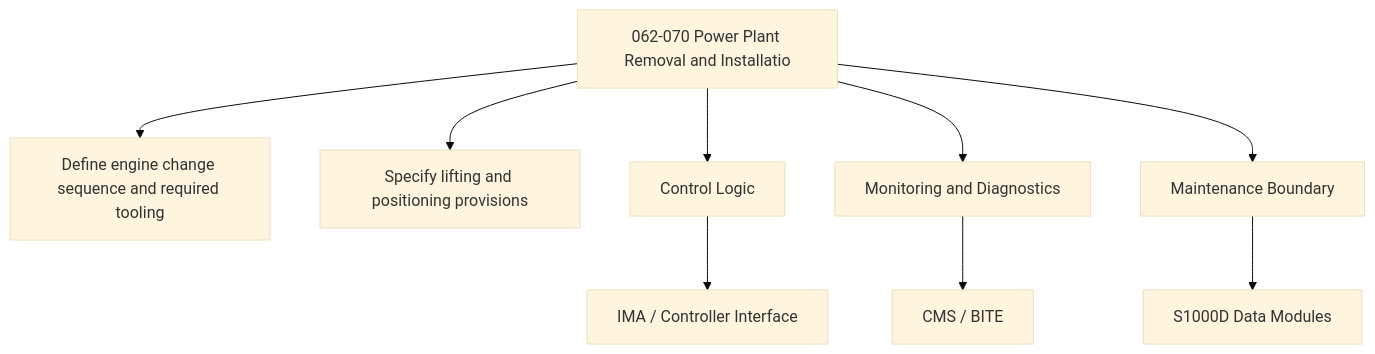
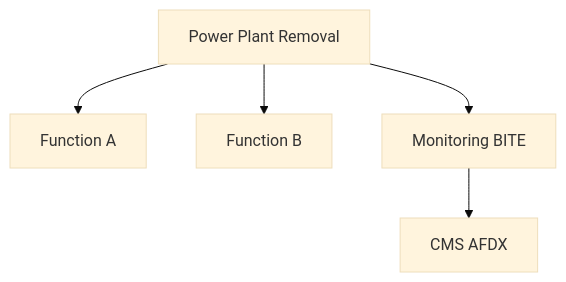
The second of 2 diagrams in Q+ATLANTIDE/000-099_ATLAS/060-069_Propulsion-Tradicional/062_Power-Plant/062-070-Power-Plant-Removal-and-Installation-Interfaces.md (AmedeoPelliccia/Qplus-For-All-Queer-People-and-Quantum), drawn with Mermaid (base theme) before and after one commit. The commit also changed other lines of this file and 74 other files, not shown here.

````diff
--- a/Q+ATLANTIDE/000-099_ATLAS/060-069_Propulsion-Tradicional/062_Power-Plant/062-070-Power-Plant-Removal-and-Installation-Interfaces.md
+++ b/Q+ATLANTIDE/000-099_ATLAS/060-069_Propulsion-Tradicional/062_Power-Plant/062-070-Power-Plant-Removal-and-Installation-Interfaces.md
@@ -172,11 +96,7 @@
 ```mermaid
 flowchart TB
-    SYS[062-070 Power Plant Removal and Installatio] --> F1[Define engine change sequence and required tooling]
-    SYS --> F2[Specify lifting and positioning provisions]
-    SYS --> CTRL[Control Logic]
-    SYS --> MON[Monitoring and Diagnostics]
-    SYS --> MAINT[Maintenance Boundary]
-    CTRL --> IMA[IMA / Controller Interface]
-    MON --> CMS[CMS / BITE]
-    MAINT --> CSDB[S1000D Data Modules]
+    SYS[Power Plant Removal ] --> F1[Function A]
+    SYS --> F2[Function B]
+    SYS --> MON[Monitoring BITE]
+    MON --> CMS[CMS AFDX]
 ```
````
